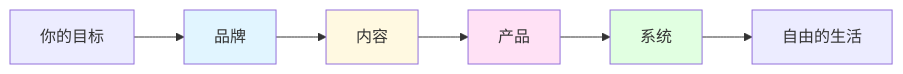
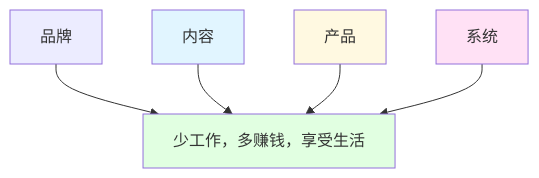
The first of 2 diagrams in 1.一人公司/index.md (sunwei/opc), drawn with Mermaid before and after one commit. The commit also changed other lines of this file and 26 other files, not shown here.

````diff
--- a/1.一人公司/index.md
+++ b/1.一人公司/index.md
@@ -30,13 +30,13 @@
 ```mermaid
-graph LR
-    A[你的目标] --> B[品牌]
-    B --> C[内容]
-    C --> D[产品]
-    D --> E[系统]
-    E --> F[自由的生活]
-    
+graph TD
+    F[少工作，多赚钱，享受生活]
+    A[品牌] --> F
+    B[内容] --> F
+    C[产品] --> F
+    D[系统] --> F
+
+    style F fill:#e1ffe1
     style B fill:#e1f5ff
     style C fill:#fff9e1
     style D fill:#ffe1f5
-    style E fill:#e1ffe1
 ```
````
